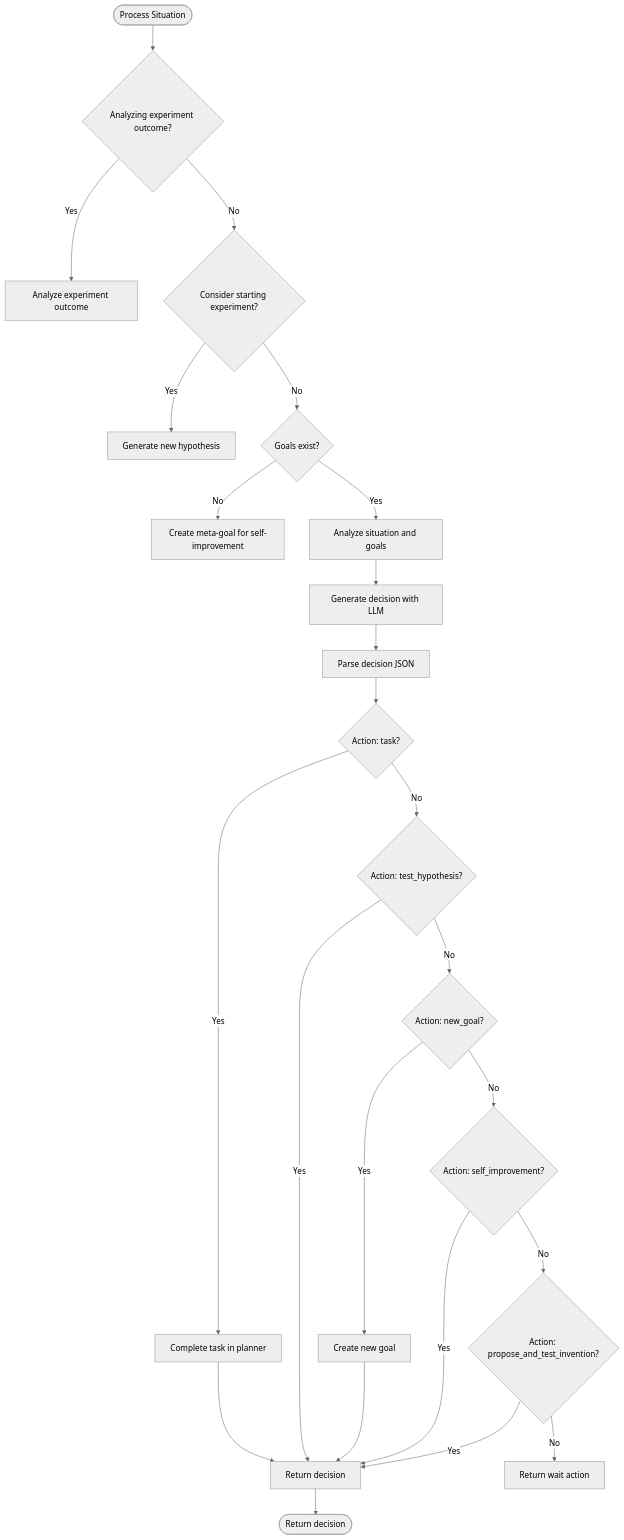
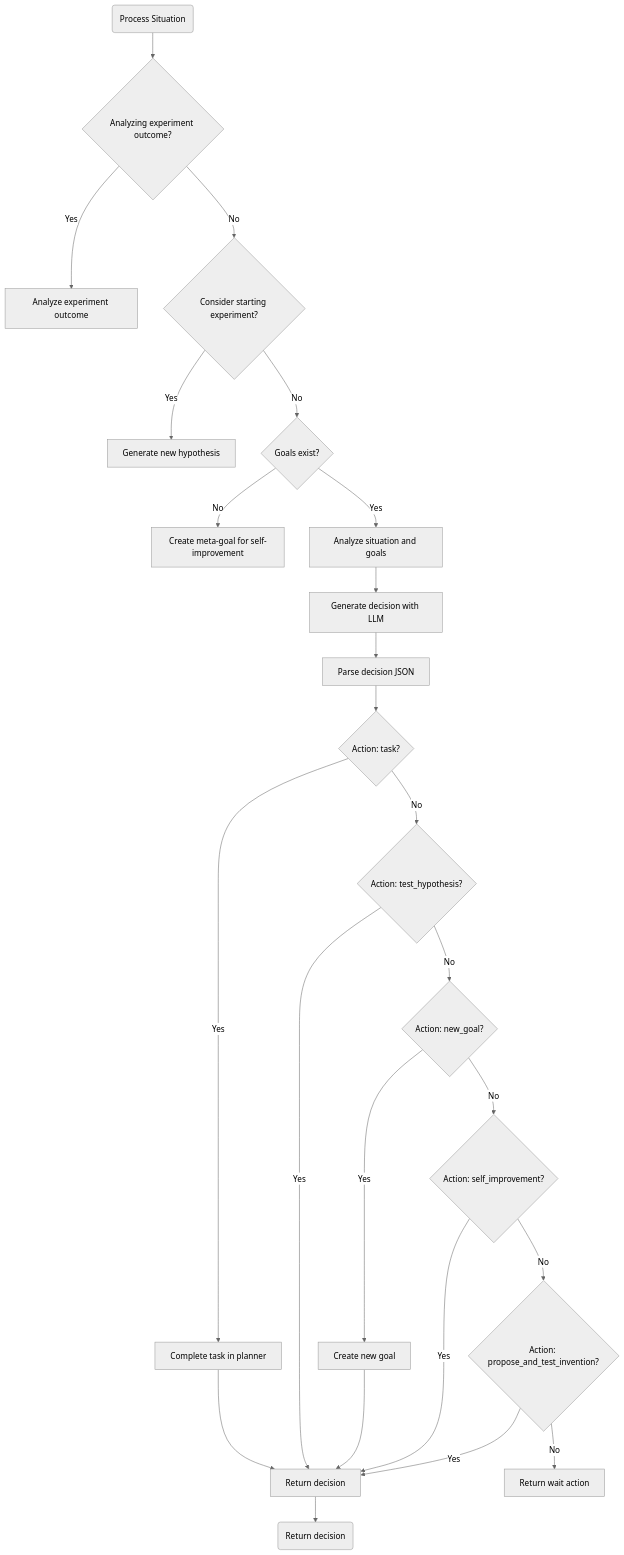
One commit to Likhithsai2580/RAVANA-WIKI changed the fourth of 10 diagrams in docs/Architecture & Design/Data Flow and Lifecycle.md. Above: the diagram before and after it, drawn with Mermaid (neutral theme). The commit also changed other lines of this file and 31 other files, not shown here.

First line of the commit message:
Fix(docs): Correct Mermaid diagram syntax

````diff
--- a/docs/Architecture & Design/Data Flow and Lifecycle.md
+++ b/docs/Architecture & Design/Data Flow and Lifecycle.md
@@ -174,26 +174,26 @@
 ```mermaid
 flowchart TD
-Start([Process Situation]) --> CheckExperiment{"Analyzing experiment outcome?"}
+Start("Process Situation") --> CheckExperiment{"Analyzing experiment outcome?"}
 CheckExperiment --> |Yes| AnalyzeOutcome[Analyze experiment outcome]
 CheckExperiment --> |No| ConsiderExperiment{"Consider starting experiment?"}
 ConsiderExperiment --> |Yes| GenerateHypothesis[Generate new hypothesis]
 ConsiderExperiment --> |No| CheckGoals{"Goals exist?"}
 CheckGoals --> |No| CreateMetaGoal[Create meta-goal for self-improvement]
 CheckGoals --> |Yes| AnalyzeSituation[Analyze situation and goals]
 AnalyzeSituation --> GenerateDecision[Generate decision with LLM]
 GenerateDecision --> ParseDecision[Parse decision JSON]
 ParseDecision --> ExecuteTask{"Action: task?"}
 ExecuteTask --> |Yes| CompleteTask[Complete task in planner]
 ExecuteTask --> |No| TestHypothesis{"Action: test_hypothesis?"}
 TestHypothesis --> |Yes| ReturnDecision[Return decision]
 TestHypothesis --> |No| NewGoal{"Action: new_goal?"}
 NewGoal --> |Yes| CreateNewGoal[Create new goal]
 NewGoal --> |No| SelfImprovement{"Action: self_improvement?"}
 SelfImprovement --> |Yes| ReturnDecision
 SelfImprovement --> |No| ProposeInvention{"Action: propose_and_test_invention?"}
 ProposeInvention --> |Yes| ReturnDecision
 ProposeInvention --> |No| Wait[Return wait action]
 CompleteTask --> ReturnDecision
 CreateNewGoal --> ReturnDecision
-ReturnDecision --> End([Return decision])
+ReturnDecision --> End("Return decision")
 ```
````
